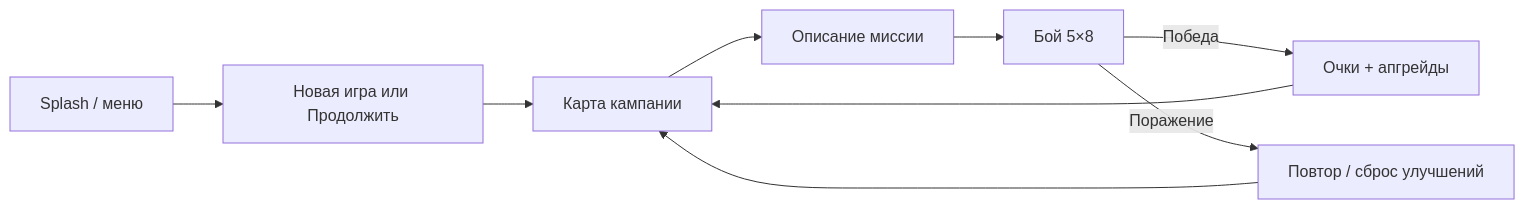
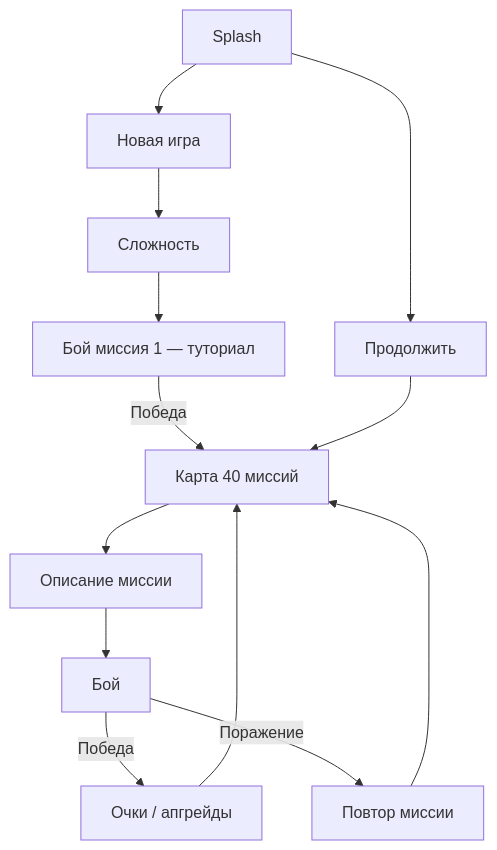
Before and after one commit to Nykolayr/expansion: the first of 2 diagrams in expansion_app/docs/game-concept.md, drawn with Mermaid. The commit also changed other lines of this file and 85 other files, not shown here.

First line of the commit message:
feat: фаза 2 — кампания 40 миссий, SQLite и карта

````diff
--- a/expansion_app/docs/game-concept.md
+++ b/expansion_app/docs/game-concept.md
@@ -30,11 +48,15 @@
 ```mermaid
-flowchart LR
-  Splash[Splash / меню] --> Begin[Новая игра или Продолжить]
-  Begin --> Maps[Карта кампании]
-  Maps --> Brief[Описание миссии]
-  Brief --> Battle[Бой 5×8]
-  Battle -->|Победа| Meta[Очки + апгрейды]
-  Battle -->|Поражение| Retry[Повтор / сброс улучшений]
-  Meta --> Maps
-  Retry --> Maps
+flowchart TD
+  Splash[Splash] --> New[Новая игра]
+  Splash --> Cont[Продолжить]
+  New --> Diff[Сложность]
+  Diff --> Battle1[Бой миссия 1 — туториал]
+  Battle1 -->|Победа| Map[Карта 40 миссий]
+  Cont --> Map
+  Map --> Brief[Описание миссии]
+  Brief --> Battle[Бой]
+  Battle -->|Победа| Upgrades[Очки / апгрейды]
+  Battle -->|Поражение| Retry[Повтор миссии]
+  Upgrades --> Map
+  Retry --> Map
 ```
````
